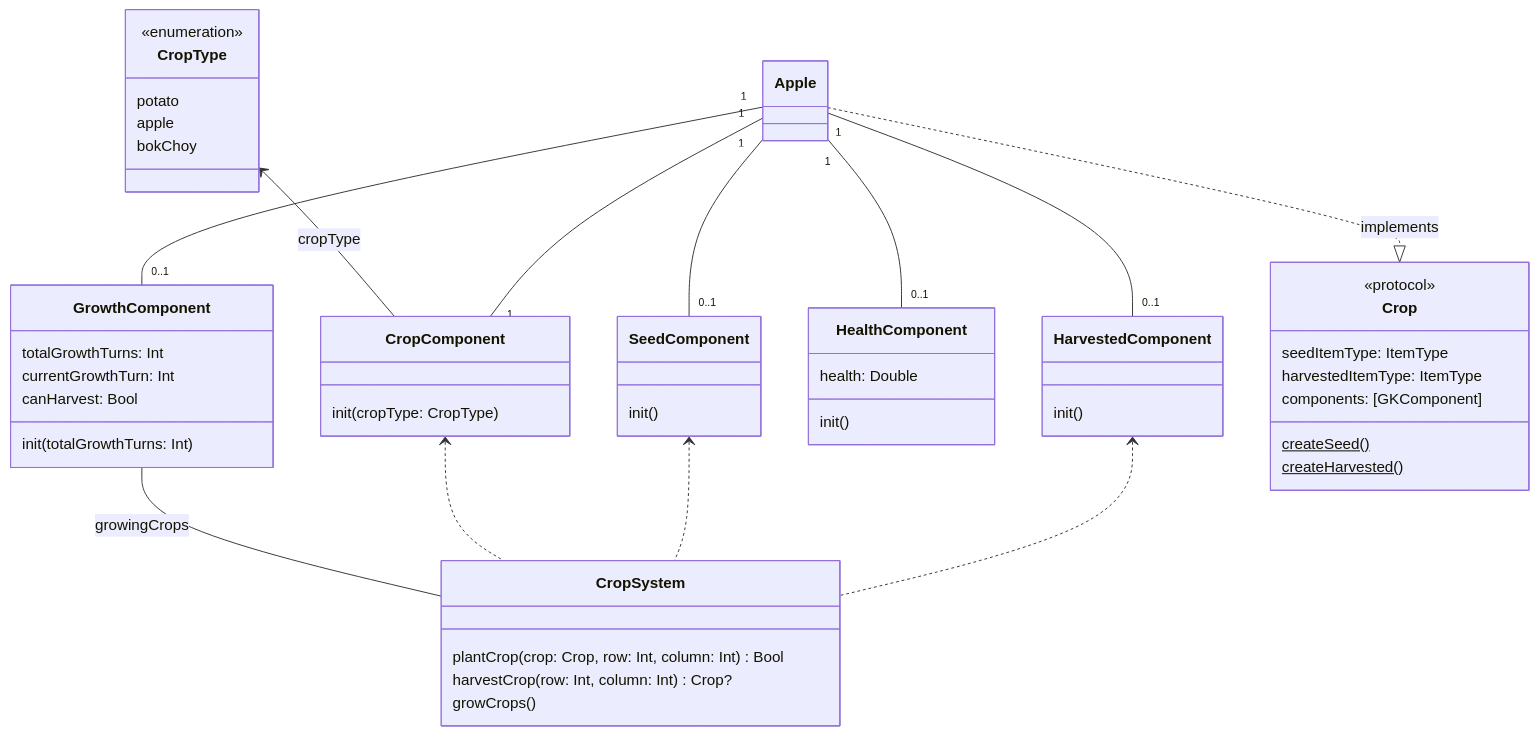
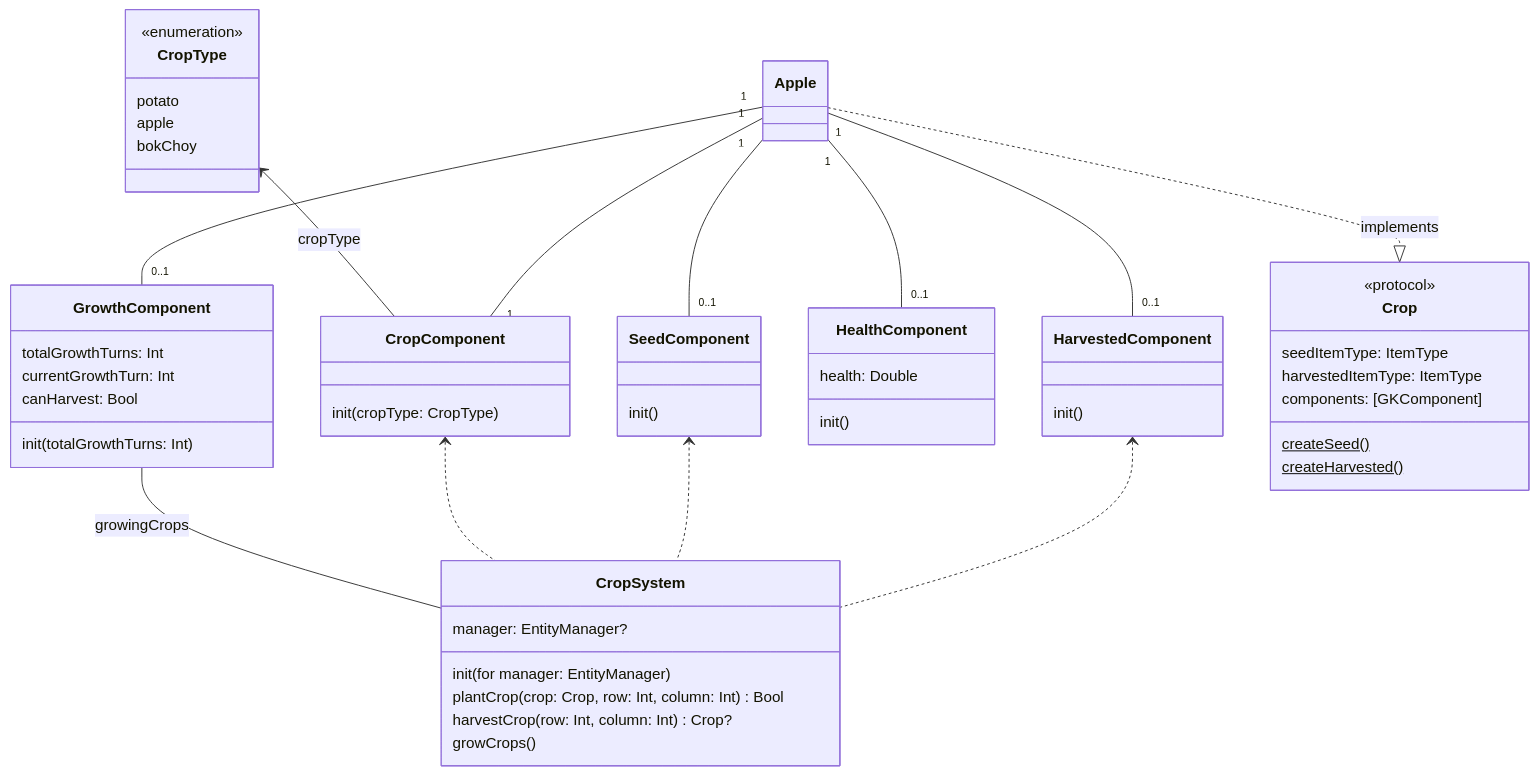
One commit to Ah-Leongs-Farm/mermaid-diagrams changed the diagram in sprint2/crops-ecs.mmd. Above: the diagram before and after it, drawn with Mermaid. The commit also changed 3 other files, not shown here.

```diff
--- a/sprint2/crops-ecs.mmd
+++ b/sprint2/crops-ecs.mmd
@@ -1,60 +1,62 @@
 classDiagram
   class CropType {
     <<enumeration>>
     potato
     apple
     bokChoy
   }
 
   class CropComponent {
     init(cropType: CropType)
   }
 
   class GrowthComponent {
     totalGrowthTurns: Int
     currentGrowthTurn: Int
     canHarvest: Bool
     init(totalGrowthTurns: Int)
   }
 
   class HarvestedComponent {
     init()
   }
 
   class HealthComponent {
     health: Double
     init()
   }
 
   class SeedComponent {
     init()
   }
 
   class Crop {
     <<protocol>>
     seedItemType: ItemType
     harvestedItemType: ItemType
     components: [GKComponent]
     createSeed()$
     createHarvested()$
   }
 
   class Apple
 
   class CropSystem {
+    manager: EntityManager?
+    init(for manager: EntityManager)
     plantCrop(crop: Crop, row: Int, column: Int) Bool
     harvestCrop(row: Int, column: Int) Crop?
     growCrops()
   }
 
   CropType <-- CropComponent: cropType
   Apple ..|> Crop: implements
   Apple "1" -- "0..1" HarvestedComponent
   Apple "1" -- "0..1" SeedComponent
   Apple "1" -- "0..1" HealthComponent
   Apple "1" -- "0..1" GrowthComponent
   Apple "1" -- "1" CropComponent
   GrowthComponent -- CropSystem: growingCrops
   CropComponent <.. CropSystem
   SeedComponent <.. CropSystem
   HarvestedComponent <.. CropSystem
```
